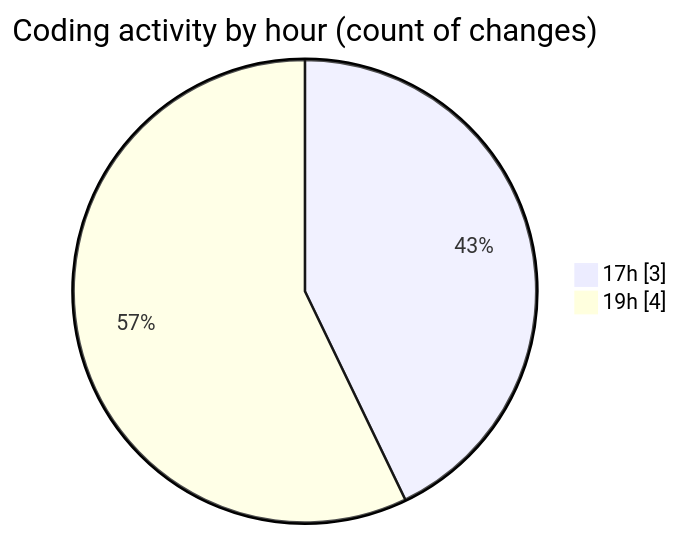
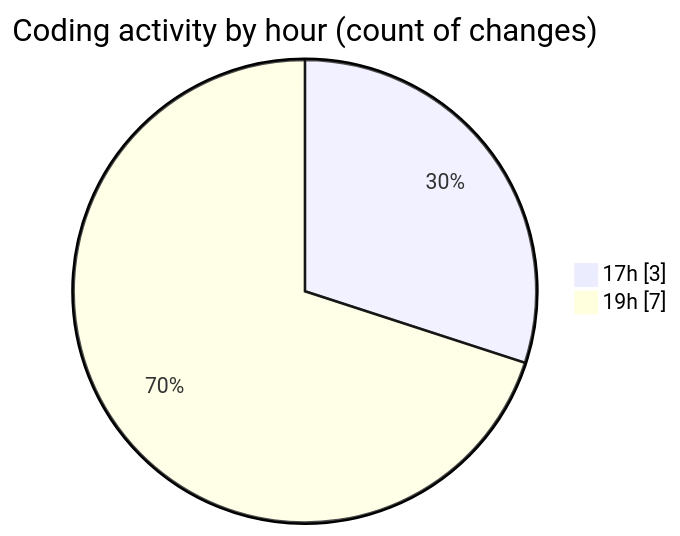
One commit to momahboobian/code-tracking changed the second of 2 diagrams in 2025-02-19/samplepdf/README.md. Above: the diagram before and after it, drawn with Mermaid. The commit also changed other lines of this file and 1 other file, not shown here.

````diff
--- a/2025-02-19/samplepdf/README.md
+++ b/2025-02-19/samplepdf/README.md
@@ -31,6 +31,6 @@
 ```mermaid
 pie showData
 title Coding activity by hour (count of changes)
 "17h" : 3
-"19h" : 4
+"19h" : 7
 ```
````
